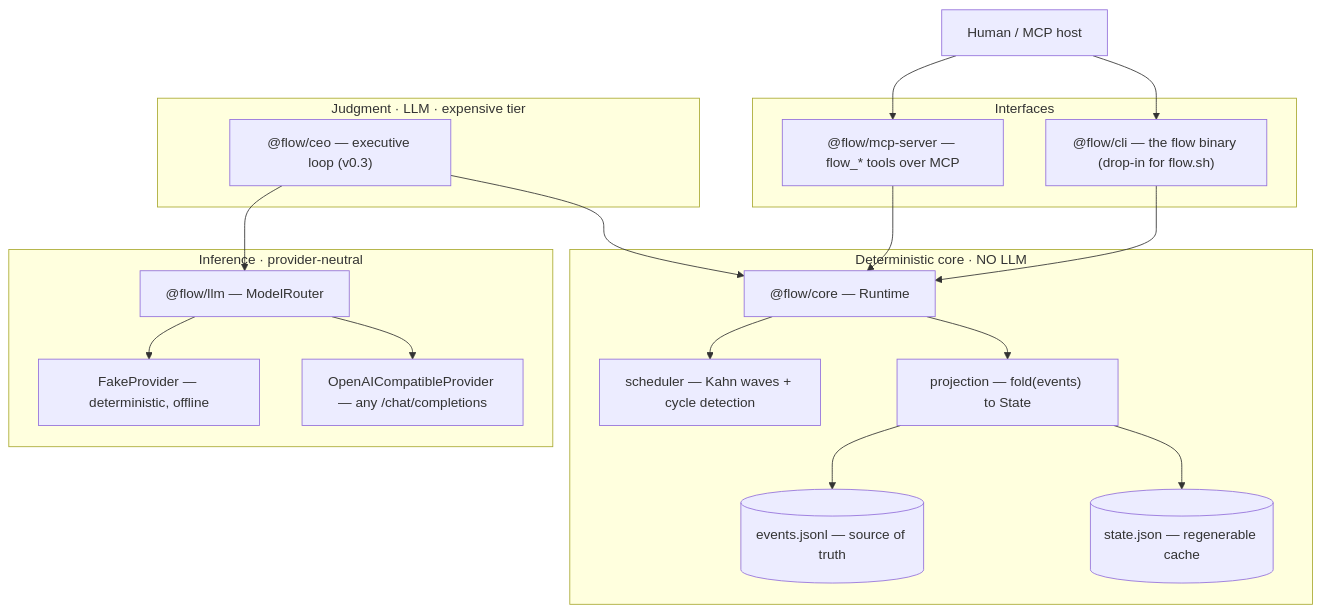
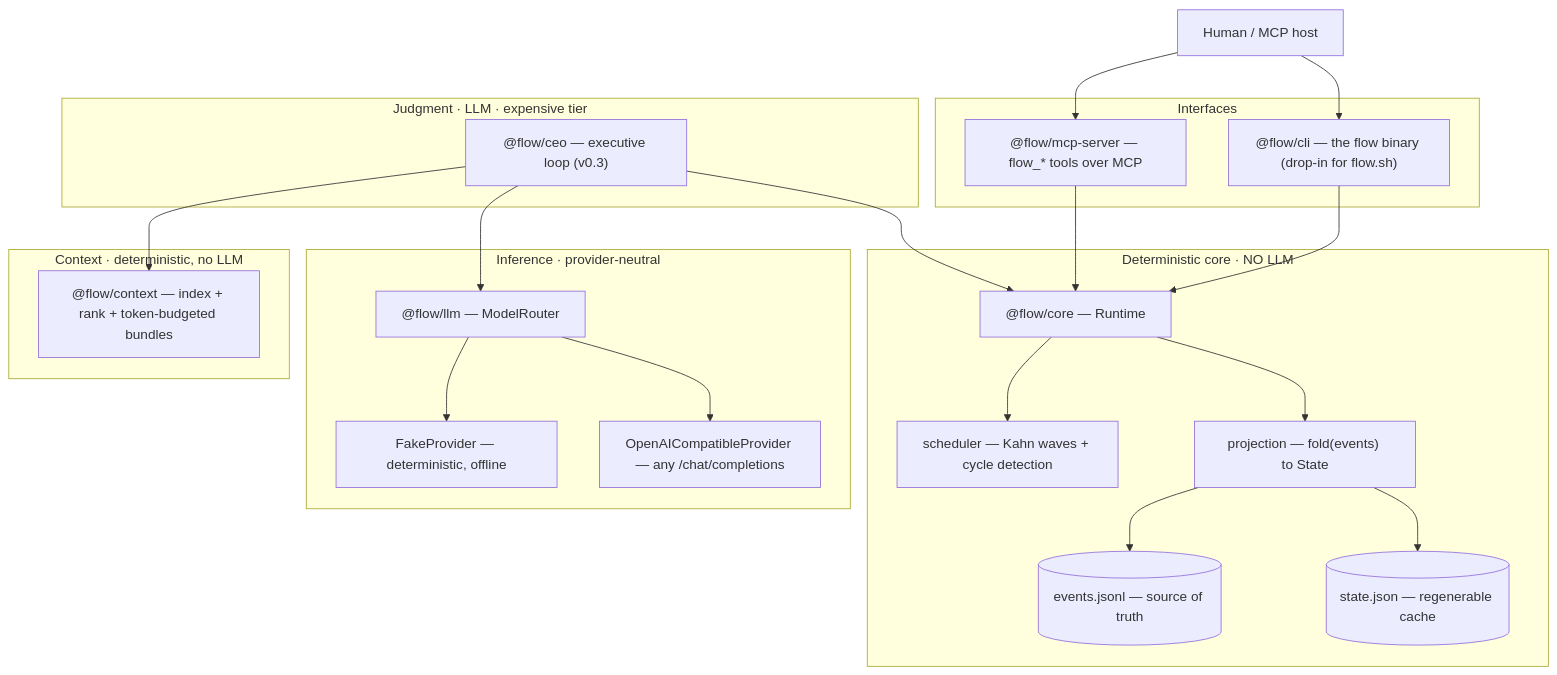
One commit to l3vram/flow-harness changed the first of 4 diagrams in ARCHITECTURE.md. Above: the diagram before and after it, drawn with Mermaid. The commit also changed other lines of this file and 1 other file, not shown here.

````diff
--- a/ARCHITECTURE.md
+++ b/ARCHITECTURE.md
@@ -17,40 +17,45 @@
 ```mermaid
 flowchart TB
   Human["Human / MCP host"]
 
   subgraph Interfaces["Interfaces"]
     CLI["@flow/cli — the flow binary (drop-in for flow.sh)"]
     MCP["@flow/mcp-server — flow_* tools over MCP"]
   end
 
   subgraph Brain["Judgment · LLM · expensive tier"]
     CEO["@flow/ceo — executive loop (v0.3)"]
   end
 
   subgraph Deterministic["Deterministic core · NO LLM"]
     CORE["@flow/core — Runtime"]
     SCHED["scheduler — Kahn waves + cycle detection"]
     PROJ["projection — fold(events) to State"]
     LOG[("events.jsonl — source of truth")]
     STATE[("state.json — regenerable cache")]
   end
 
   subgraph Inference["Inference · provider-neutral"]
     LLM["@flow/llm — ModelRouter"]
     FAKE["FakeProvider — deterministic, offline"]
     OAI["OpenAICompatibleProvider — any /chat/completions"]
   end
 
+  subgraph Context["Context · deterministic, no LLM"]
+    CTX["@flow/context — index + rank + token-budgeted bundles"]
+  end
+
   Human --> CLI
   Human --> MCP
   CLI --> CORE
   MCP --> CORE
   CEO --> CORE
   CEO --> LLM
+  CEO --> CTX
   LLM --> FAKE
   LLM --> OAI
   CORE --> SCHED
   CORE --> PROJ
   PROJ --> LOG
   PROJ --> STATE
 ```
````
